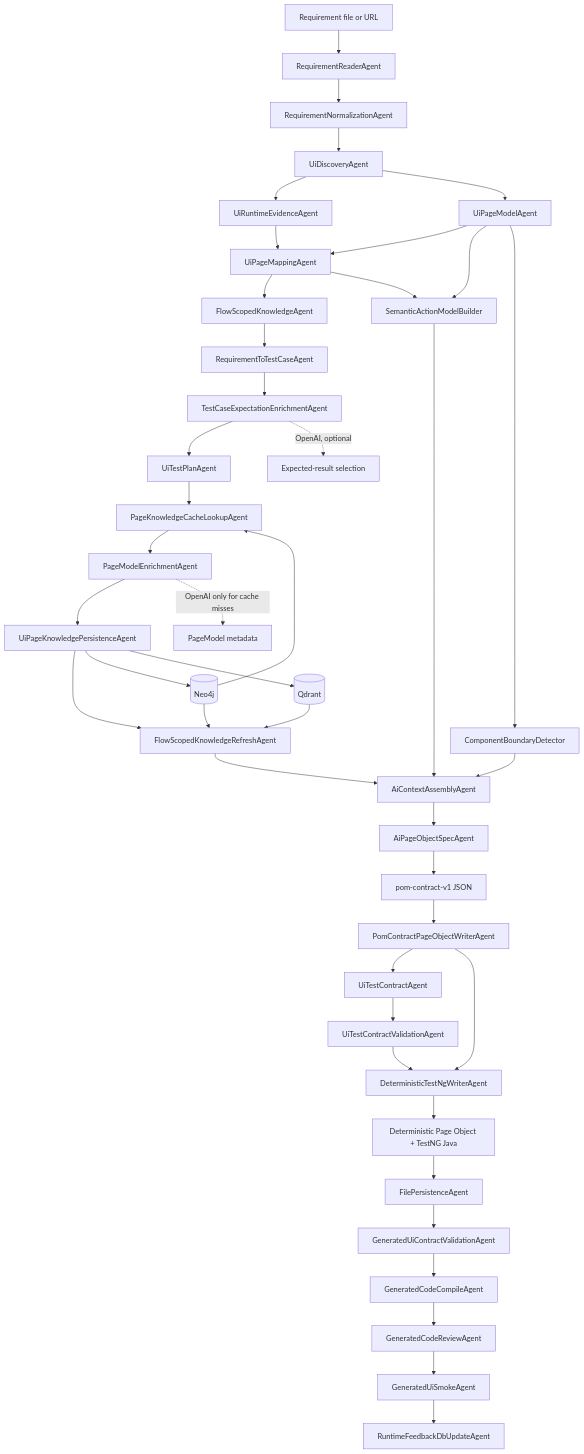
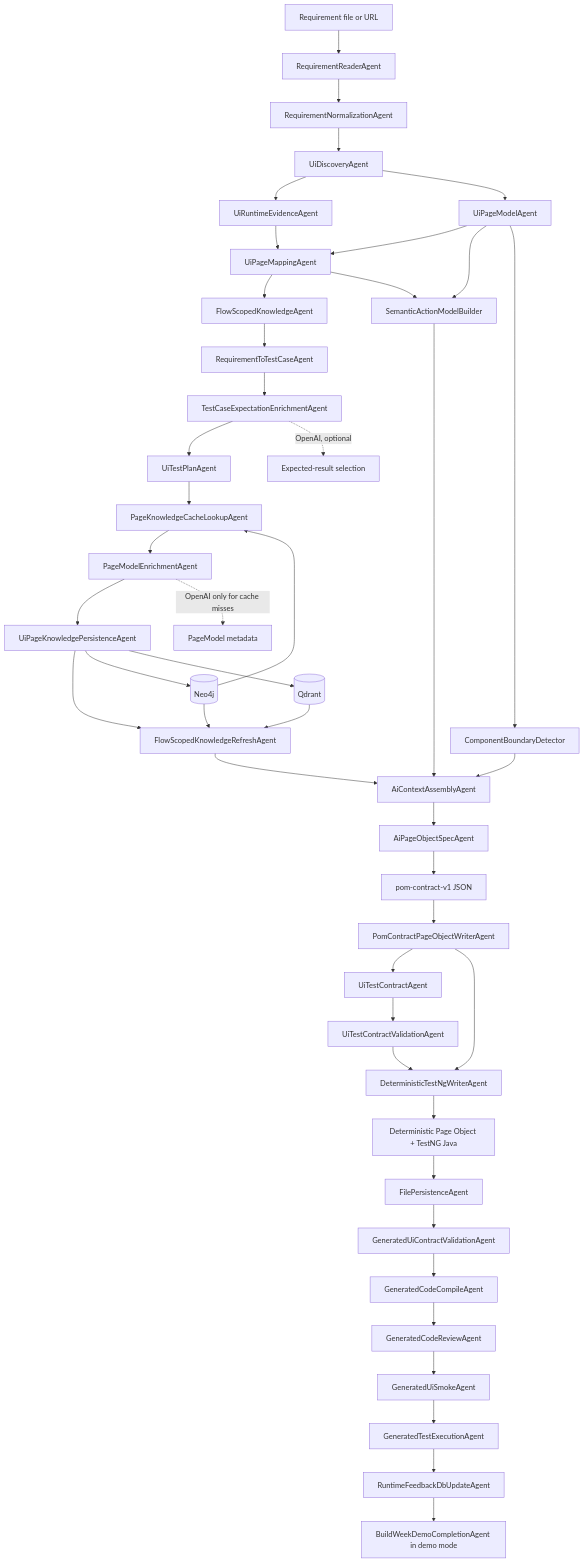
One commit to PKrasytskyi/AQAI changed the first of 5 diagrams in docs/CURRENT_AI_UI_ARCHITECTURE.md. Above: the diagram before and after it, drawn with Mermaid. The commit also changed other lines of this file and 163 other files, not shown here.

````diff
--- a/docs/CURRENT_AI_UI_ARCHITECTURE.md
+++ b/docs/CURRENT_AI_UI_ARCHITECTURE.md
@@ -25,46 +25,48 @@
 ```mermaid
 flowchart TD
     A[Requirement file or URL] --> B[RequirementReaderAgent]
     B --> C[RequirementNormalizationAgent]
     C --> D[UiDiscoveryAgent]
     D --> RE[UiRuntimeEvidenceAgent]
     D --> E[UiPageModelAgent]
     RE --> F[UiPageMappingAgent]
     E --> F
     F --> G[FlowScopedKnowledgeAgent]
     G --> H[RequirementToTestCaseAgent]
     H --> I[TestCaseExpectationEnrichmentAgent]
     I --> J[UiTestPlanAgent]
     J --> K[PageKnowledgeCacheLookupAgent]
     K --> L[PageModelEnrichmentAgent]
     L --> M[UiPageKnowledgePersistenceAgent]
     M --> N[FlowScopedKnowledgeRefreshAgent]
     N --> O[AiContextAssemblyAgent]
     E --> SE[SemanticActionModelBuilder]
     E --> CM[ComponentBoundaryDetector]
     F --> SE
     CM --> O
     SE --> O
     O --> P[AiPageObjectSpecAgent]
     P --> PC[pom-contract-v1 JSON]
     PC --> PW[PomContractPageObjectWriterAgent]
     PW --> TC[UiTestContractAgent]
     TC --> TV[UiTestContractValidationAgent]
     TV --> TW[DeterministicTestNgWriterAgent]
     PW --> TW
     TW --> S[Deterministic Page Object + TestNG Java]
     S --> FS[FilePersistenceAgent]
     FS --> GC[GeneratedUiContractValidationAgent]
     GC --> CV[GeneratedCodeCompileAgent]
     CV --> RV[GeneratedCodeReviewAgent]
     RV --> SM[GeneratedUiSmokeAgent]
-    SM --> FB[RuntimeFeedbackDbUpdateAgent]
+    SM --> TE[GeneratedTestExecutionAgent]
+    TE --> FB[RuntimeFeedbackDbUpdateAgent]
+    FB --> BW[BuildWeekDemoCompletionAgent in demo mode]
 
     I -. OpenAI, optional .-> AI1[Expected-result selection]
     L -. OpenAI only for cache misses .-> AI2[PageModel metadata]
     M --> Q[(Neo4j)]
     M --> R[(Qdrant)]
     Q --> K
     Q --> N
     R --> N
 ```
````
